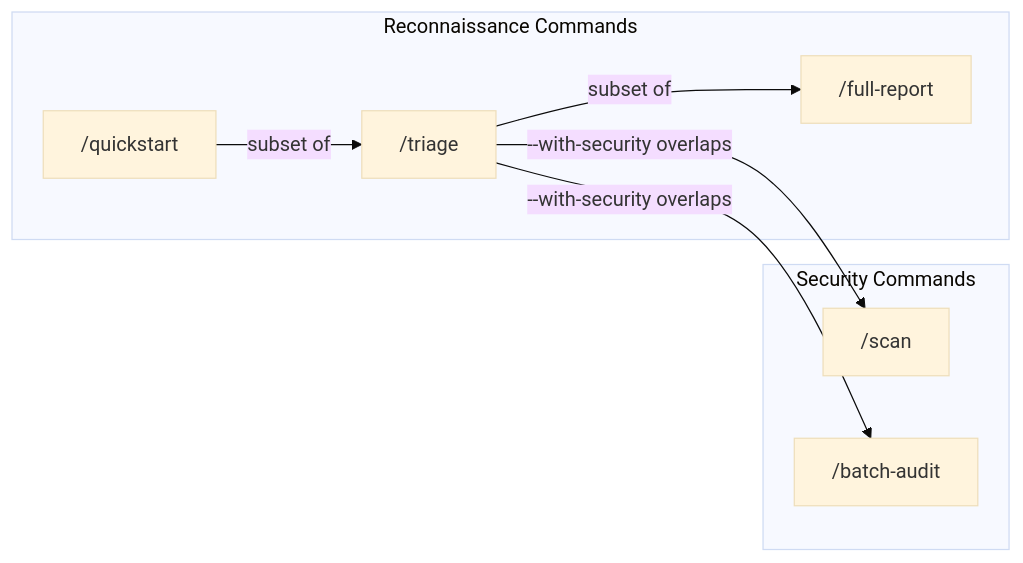
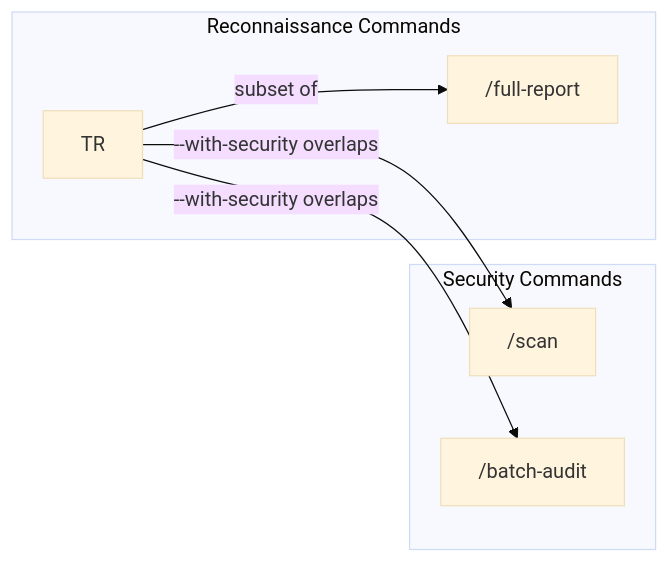
One commit to marcosd4h/DeepExtractRuntime changed the diagram in docs/command_depth_spectrum.md. Above: the diagram before and after it, drawn with Mermaid (base theme). The commit also changed other lines of this file and 308 other files, not shown here.

````diff
--- a/docs/command_depth_spectrum.md
+++ b/docs/command_depth_spectrum.md
@@ -11,18 +11,16 @@
 ```mermaid
 flowchart LR
-    QS["/quickstart"] -->|"subset of"| TR["/triage"]
     TR -->|"subset of"| FR["/full-report"]
     TR -->|"--with-security overlaps"| SC["/scan"]
     TR -->|"--with-security overlaps"| BA["/batch-audit"]
 
     subgraph recon ["Reconnaissance Commands"]
-        QS
         TR
         FR
     end
 
     subgraph security ["Security Commands"]
         SC
         BA
     end
 ```
````
